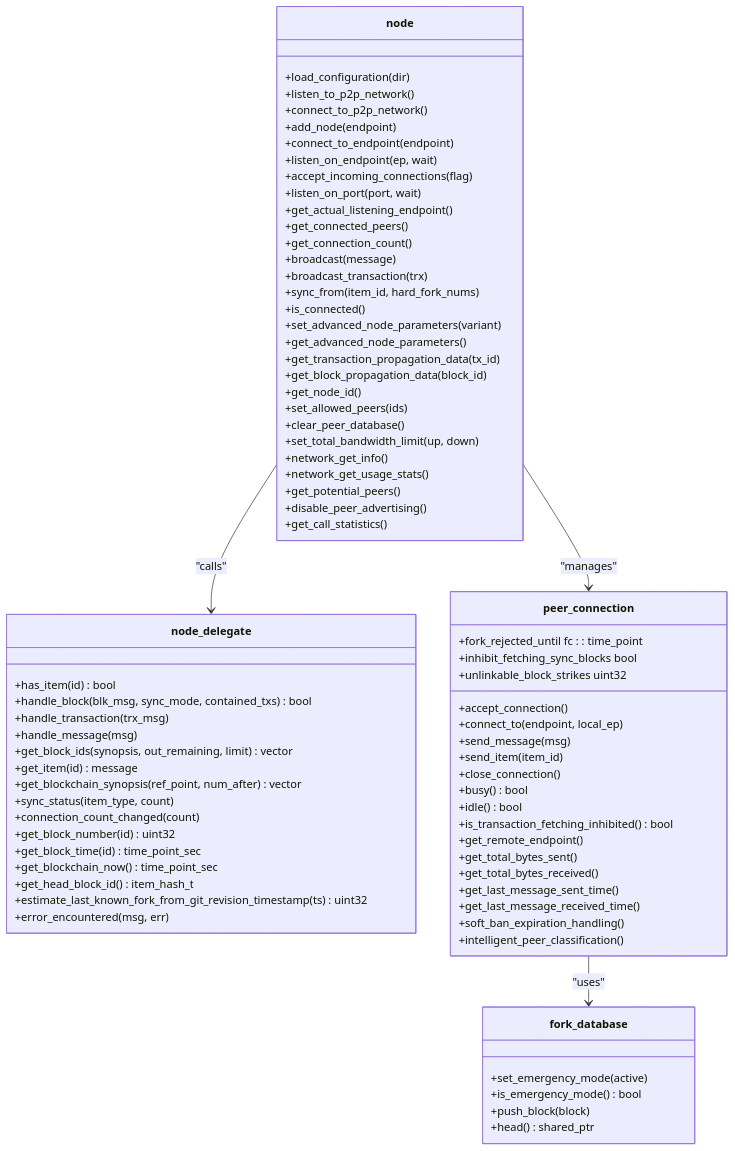
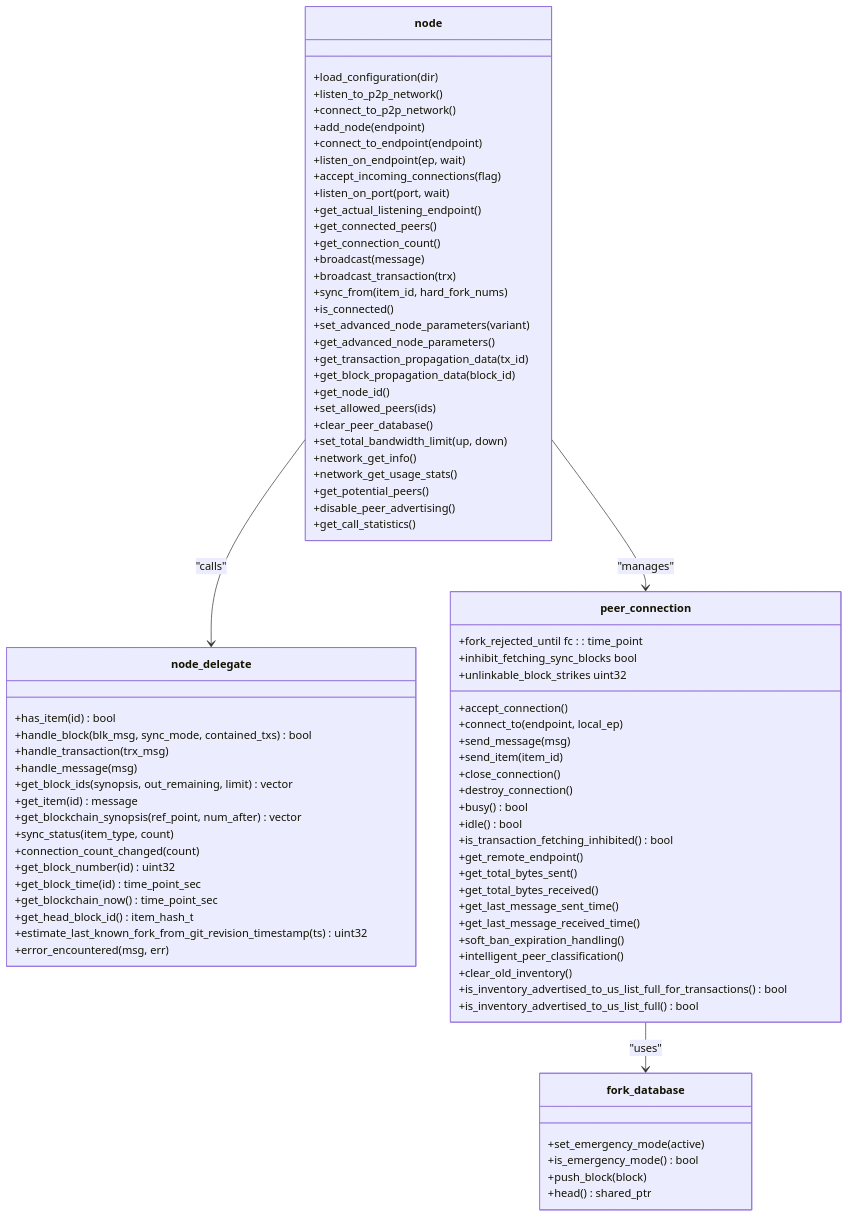
The second of 7 diagrams in .qoder/repowiki/en/content/Architecture Overview/Core Libraries/Network Library/Node Management.md (VIZ-Blockchain/viz-cpp-node), drawn with Mermaid before and after one commit. The commit also changed other lines of this file and 7 other files, not shown here.

```diff
--- a/.qoder/repowiki/en/content/Architecture Overview/Core Libraries/Network Library/Node Management.md
+++ b/.qoder/repowiki/en/content/Architecture Overview/Core Libraries/Network Library/Node Management.md
@@ -199,6 +204,7 @@
 +send_message(msg)
 +send_item(item_id)
 +close_connection()
++destroy_connection()
 +busy() bool
 +idle() bool
 +is_transaction_fetching_inhibited() bool
@@ -212,6 +218,9 @@
 +soft_ban_expiration_handling()
 +intelligent_peer_classification()
 +unlinkable_block_strikes uint32
++clear_old_inventory()
++is_inventory_advertised_to_us_list_full_for_transactions() bool
++is_inventory_advertised_to_us_list_full() bool
 }
 class fork_database {
 +set_emergency_mode(active)
```
